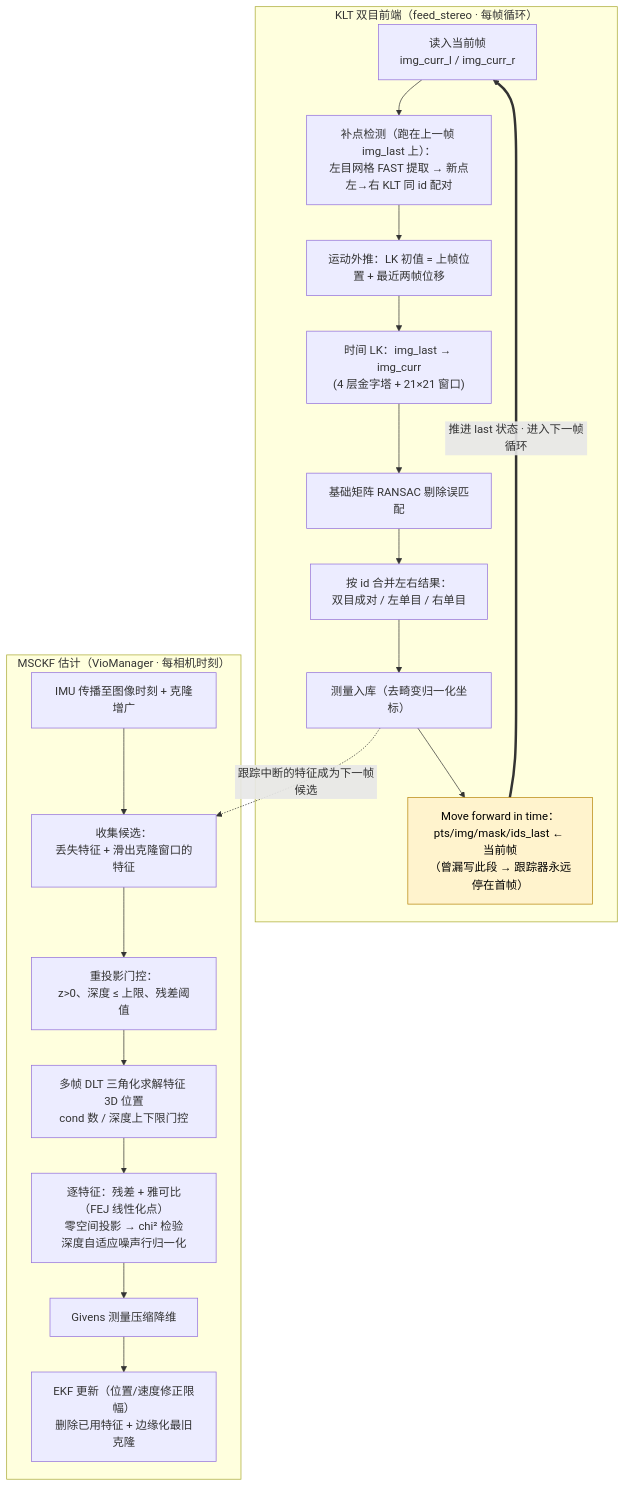
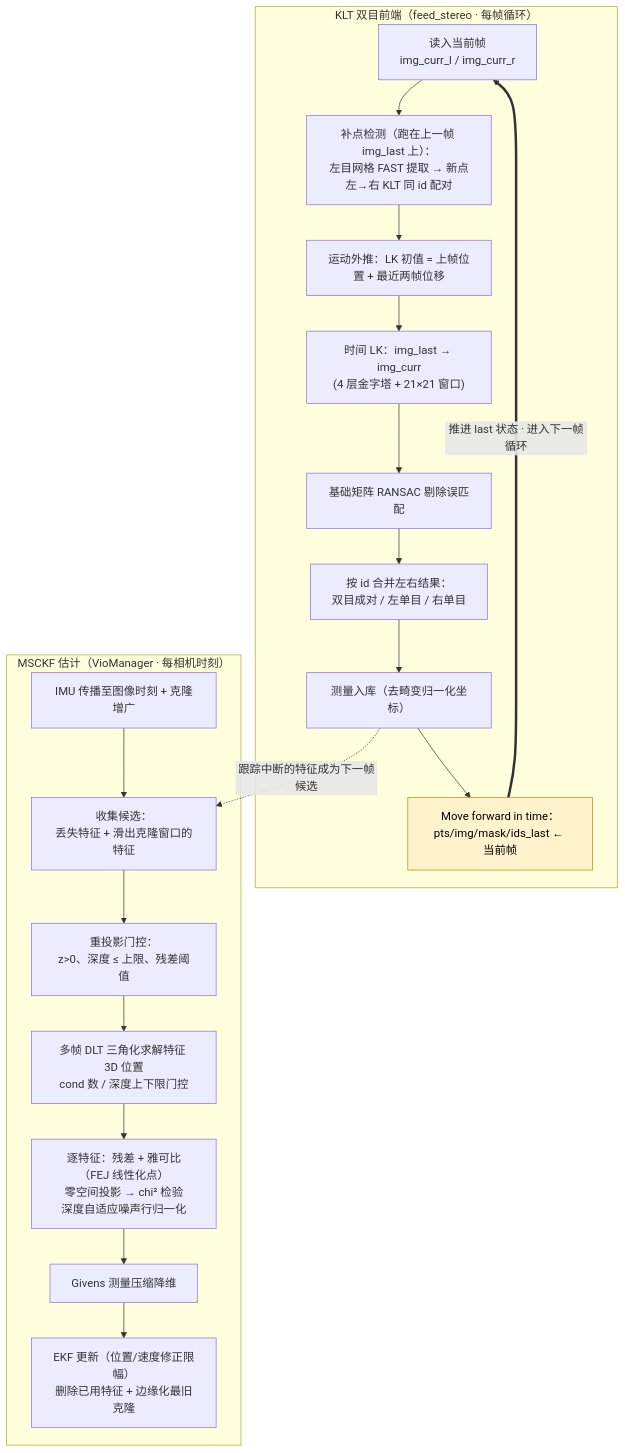
The second of 2 diagrams in docs/architecture.md (3SE-Competitive-Robotics-Team/firefly), drawn with Mermaid before and after one commit. The commit also changed other lines of this file and 29 other files, not shown here.

````diff
--- a/docs/architecture.md
+++ b/docs/architecture.md
@@ -128,31 +130,31 @@
 ```mermaid
 flowchart TD
     subgraph FRONTEND["KLT 双目前端（feed_stereo · 每帧循环）"]
         PRE["读入当前帧<br/>img_curr_l / img_curr_r"]
         DETECT["补点检测（跑在上一帧 img_last 上）：<br/>左目网格 FAST 提取 → 新点左→右 KLT 同 id 配对"]
         EXTRAP["运动外推：LK 初值 = 上帧位置 + 最近两帧位移"]
         TLK["时间 LK：img_last → img_curr<br/>(4 层金字塔 + 21×21 窗口)"]
         RANSAC["基础矩阵 RANSAC 剔除误匹配"]
         PAIR["按 id 合并左右结果：<br/>双目成对 / 左单目 / 右单目"]
         DB["测量入库（去畸变归一化坐标）"]
-        ADVANCE["Move forward in time：<br/>pts/img/mask/ids_last ← 当前帧<br/>（曾漏写此段 → 跟踪器永远停在首帧）"]
+        ADVANCE["Move forward in time：<br/>pts/img/mask/ids_last ← 当前帧"]
         PRE --> DETECT --> EXTRAP --> TLK --> RANSAC --> PAIR --> DB --> ADVANCE
     end
 
     subgraph MSCKF["MSCKF 估计（VioManager · 每相机时刻）"]
         PROPAG["IMU 传播至图像时刻 + 克隆增广"]
         COLLECT["收集候选：<br/>丢失特征 + 滑出克隆窗口的特征"]
         RGATE["重投影门控：<br/>z>0、深度 ≤ 上限、残差阈值"]
         TRIANG["多帧 DLT 三角化求解特征 3D 位置<br/>cond 数 / 深度上下限门控"]
         JRES["逐特征：残差 + 雅可比（FEJ 线性化点）<br/>零空间投影 → chi² 检验<br/>深度自适应噪声行归一化"]
         COMPRESS["Givens 测量压缩降维"]
         UPDATE["EKF 更新（位置/速度修正限幅）<br/>删除已用特征 + 边缘化最旧克隆"]
         PROPAG --> COLLECT --> RGATE --> TRIANG --> JRES --> COMPRESS --> UPDATE
     end
 
     DB -.->|"跟踪中断的特征成为下一帧候选"| COLLECT
     ADVANCE ==>|"推进 last 状态 · 进入下一帧循环"| PRE
 
     classDef critical fill:#fff3cd,stroke:#b8860b,color:#000;
     class ADVANCE critical;
 ```
````
